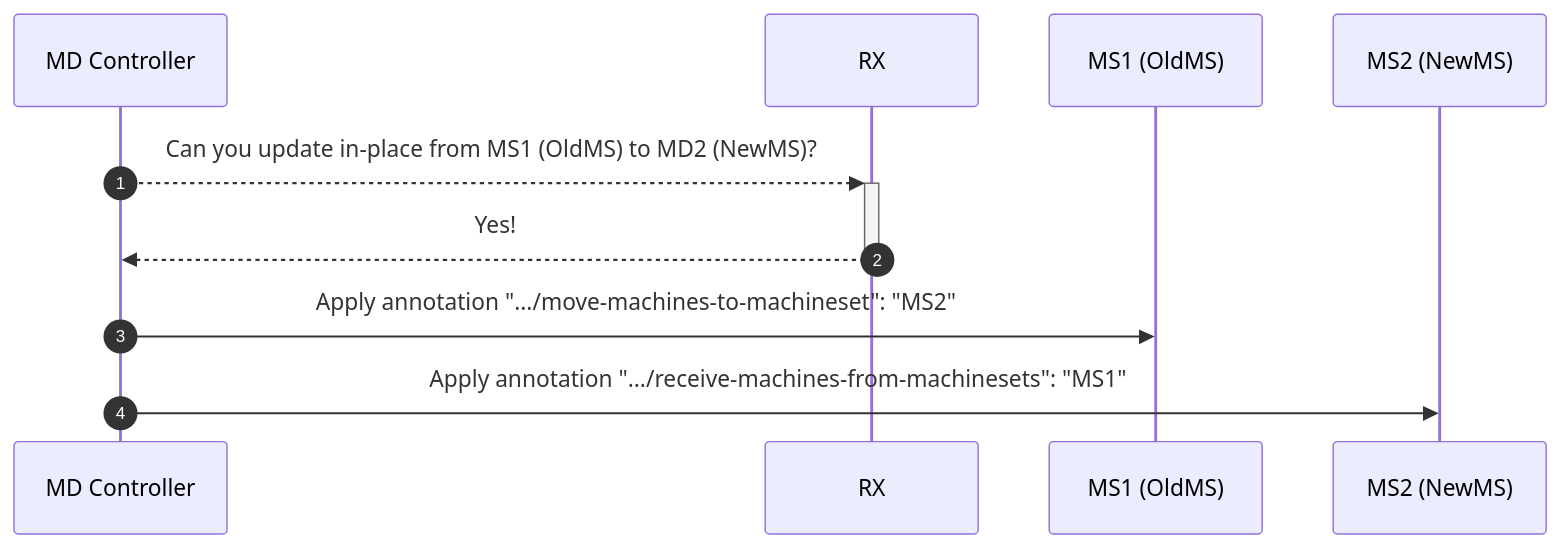
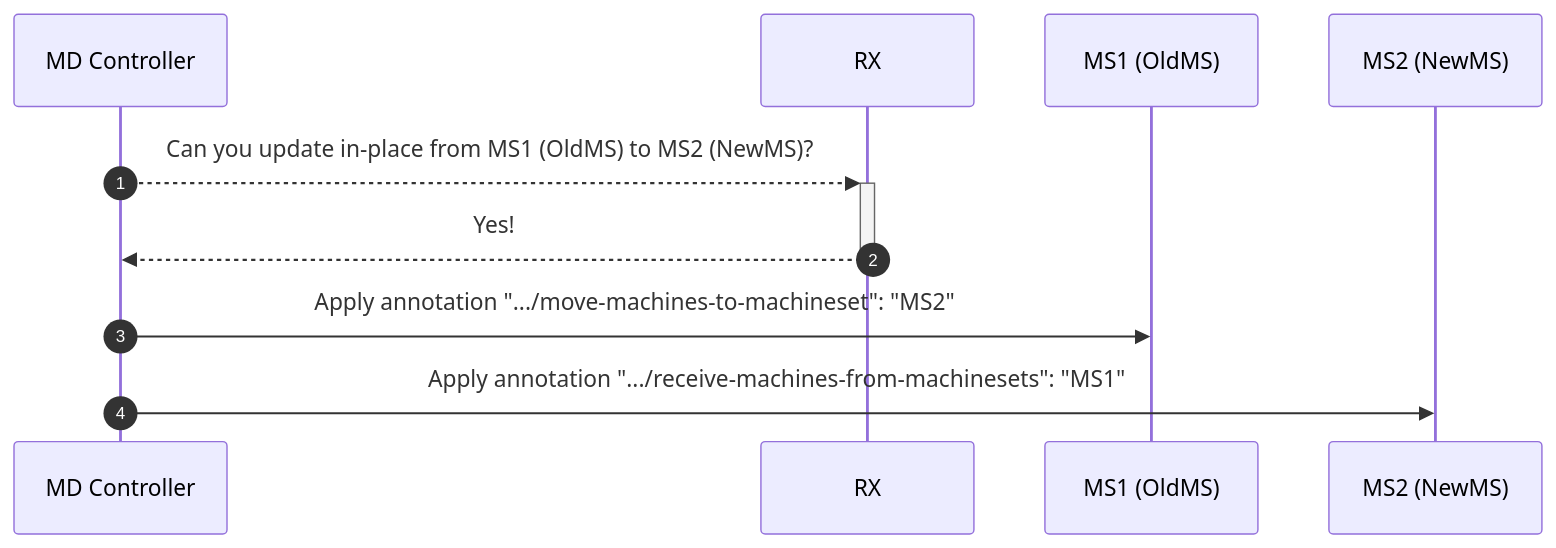
The first of 4 diagrams in docs/proposals/20240807-in-place-updates-implementation-notes.md (kubernetes-sigs/cluster-api), drawn with Mermaid before and after one commit. The commit also changed other lines of this file, not shown here.

Commit message:
More feedback

````diff
--- a/docs/proposals/20240807-in-place-updates-implementation-notes.md
+++ b/docs/proposals/20240807-in-place-updates-implementation-notes.md
@@ -33,12 +33,12 @@
 ```mermaid
 sequenceDiagram
     autonumber
     participant MD Controller
     participant RX
     participant MS1 (OldMS)
     participant MS2 (NewMS)
-    MD Controller-->>+RX: Can you update in-place from MS1 (OldMS) to MD2 (NewMS)?
+    MD Controller-->>+RX: Can you update in-place from MS1 (OldMS) to MS2 (NewMS)?
     RX-->>-MD Controller: Yes!
     MD Controller->>MS1 (OldMS): Apply annotation ".../move-machines-to-machineset": "MS2"
     MD Controller->>MS2 (NewMS): Apply annotation ".../receive-machines-from-machinesets": "MS1"
 ```
````
